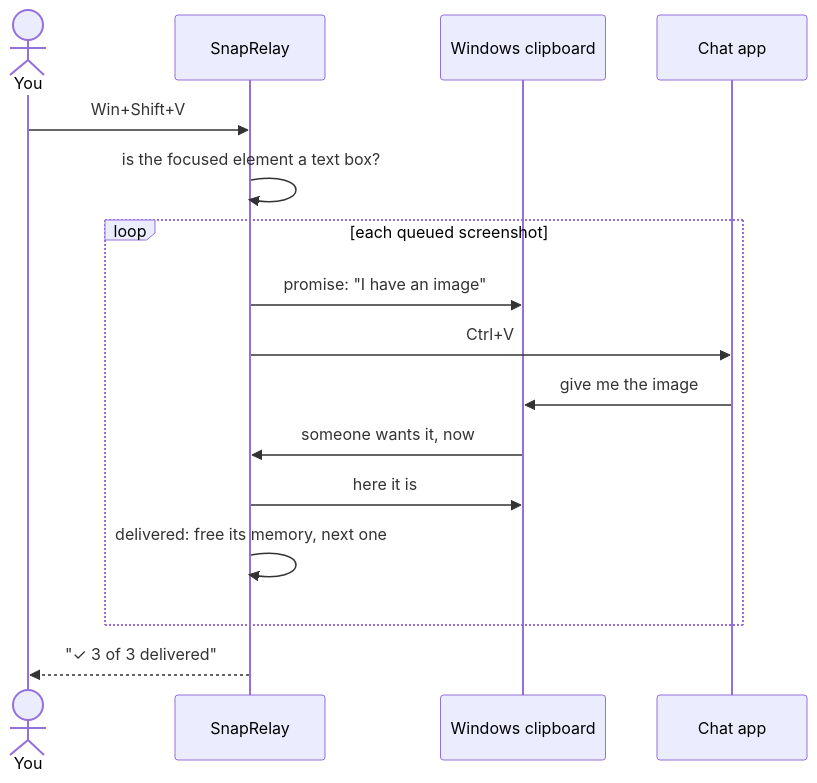
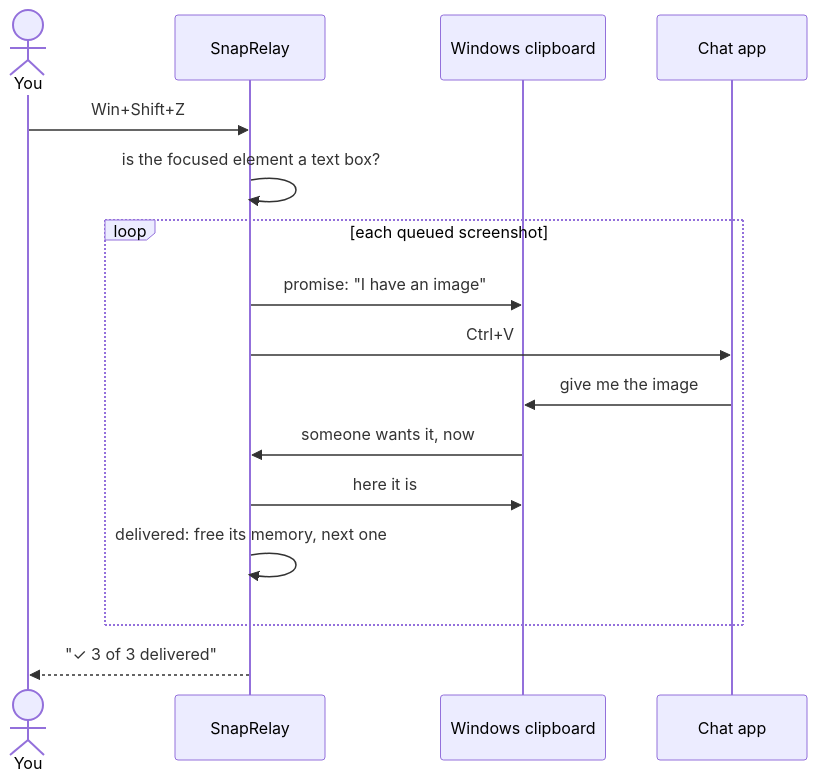
Before and after one commit to M-uzamilAli/SnapRelay: the first of 2 diagrams in README.md, drawn with Mermaid. The commit also changed other lines of this file and 6 other files, not shown here.

````diff
--- a/README.md
+++ b/README.md
@@ -60,19 +60,19 @@
 ```mermaid
 sequenceDiagram
     actor You
     participant SR as SnapRelay
     participant Clip as Windows clipboard
     participant Chat as Chat app
 
-    You->>SR: Win+Shift+V
+    You->>SR: Win+Shift+Z
     SR->>SR: is the focused element a text box?
     loop each queued screenshot
         SR->>Clip: promise: "I have an image"
         SR->>Chat: Ctrl+V
         Chat->>Clip: give me the image
         Clip->>SR: someone wants it, now
         SR->>Clip: here it is
         SR->>SR: delivered: free its memory, next one
     end
     SR-->>You: "✓ 3 of 3 delivered"
 ```
````
